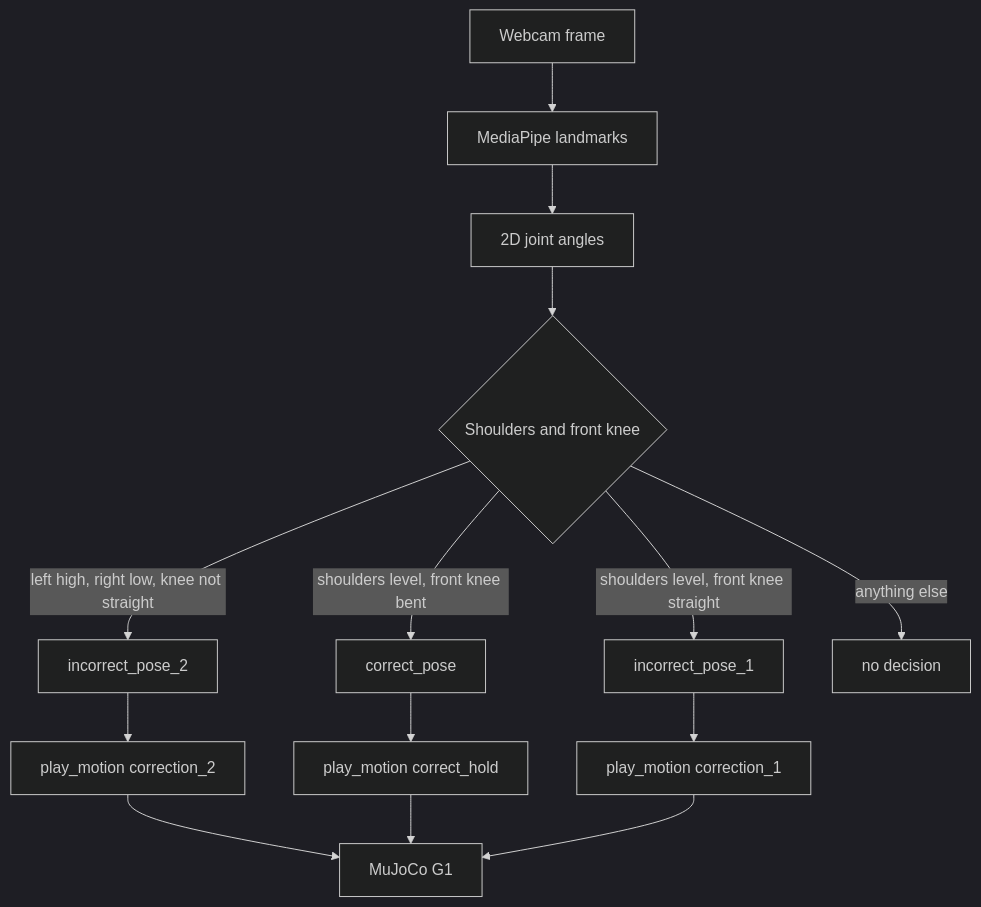
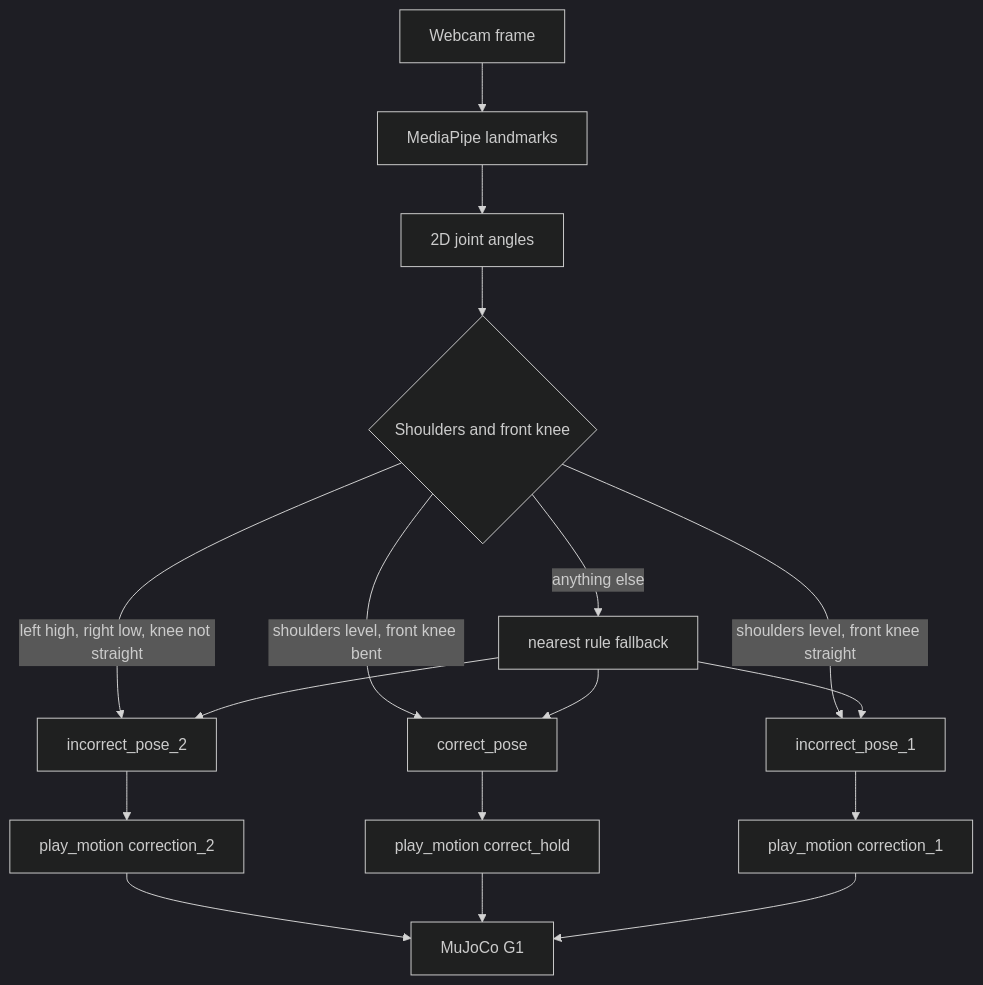
The diagram in README.md (rukaiya2000/physical-ai), drawn with Mermaid (dark theme) before and after one commit. The commit also changed other lines of this file and 25 other files, not shown here.

````diff
--- a/README.md
+++ b/README.md
@@ -97,16 +99,19 @@
 ```mermaid
 flowchart TD
     cam[Webcam frame] --> mp[MediaPipe landmarks]
     mp --> ang[2D joint angles]
     ang --> rules{Shoulders and front knee}
     rules -->|left high, right low, knee not straight| p2[incorrect_pose_2]
     rules -->|shoulders level, front knee bent| ok[correct_pose]
     rules -->|shoulders level, front knee straight| p1[incorrect_pose_1]
-    rules -->|anything else| wait[no decision]
+    rules -->|anything else| near[nearest rule fallback]
     p2 --> m2[play_motion correction_2]
     ok --> m0[play_motion correct_hold]
     p1 --> m1[play_motion correction_1]
+    near --> p2
+    near --> ok
+    near --> p1
     m2 --> g1[MuJoCo G1]
     m0 --> g1
     m1 --> g1
 ```
````
